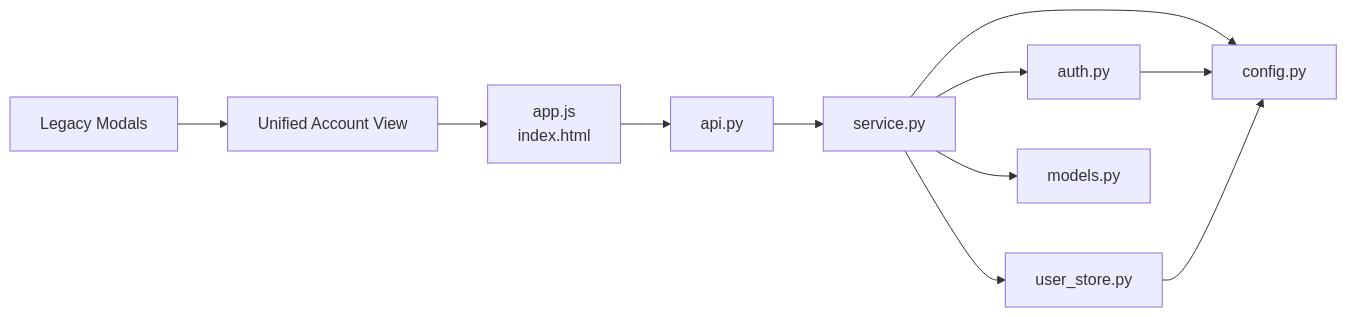
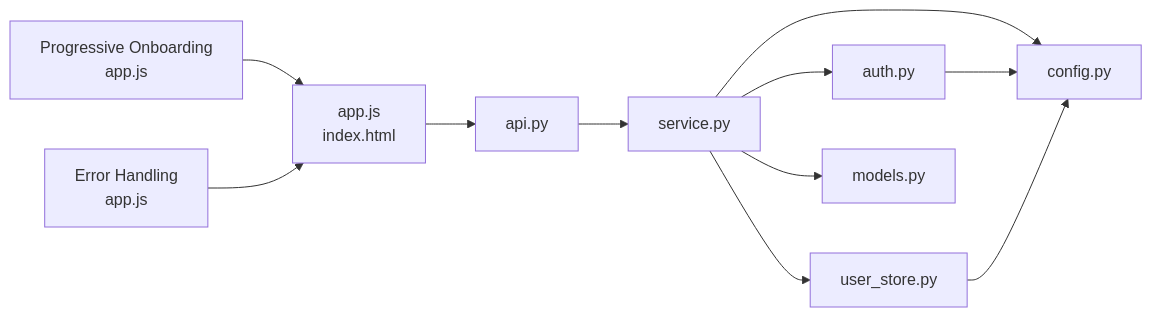
Before and after one commit to intellistream/sage-mate: diagram 16 of 16 in .qoder/repowiki/en/content/Core Components/Authentication System.md, drawn with Mermaid. The commit also changed other lines of this file and 53 other files, not shown here.

First line of the commit message:
chore: update ROADMAP and changelog for v4.1.0–v4.2.5, frontend UX fixes

````diff
--- a/.qoder/repowiki/en/content/Core Components/Authentication System.md
+++ b/.qoder/repowiki/en/content/Core Components/Authentication System.md
@@ -584,13 +694,13 @@
 ```mermaid
 graph LR
 API["api.py"] --> SVC["service.py"]
 SVC --> AUTH["auth.py"]
 SVC --> USTORE["user_store.py"]
 SVC --> MODELS["models.py"]
 SVC --> CFG["config.py"]
 AUTH --> CFG
 USTORE --> CFG
 FRONT["app.js<br/>index.html"] --> API
-UNIFIEDVIEW["Unified Account View"] --> FRONT
-LEGACYMODALS["Legacy Modals"] --> UNIFIEDVIEW
+ONBOARD["Progressive Onboarding<br/>app.js"] --> FRONT
+ERROR["Error Handling<br/>app.js"] --> FRONT
 ```
````
